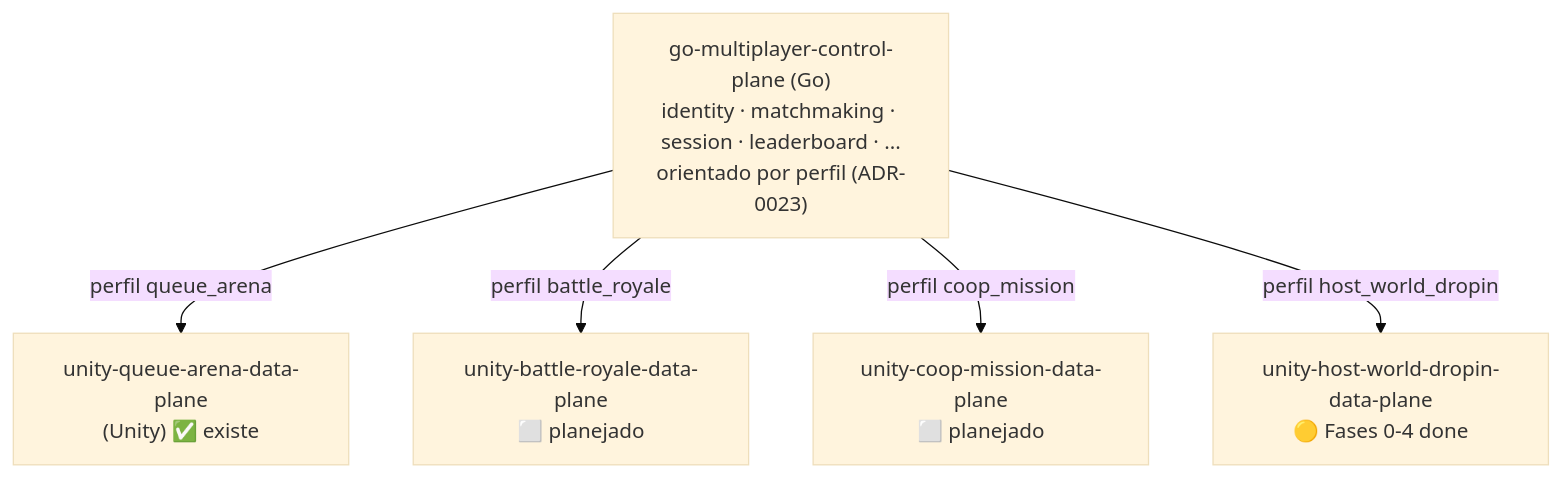
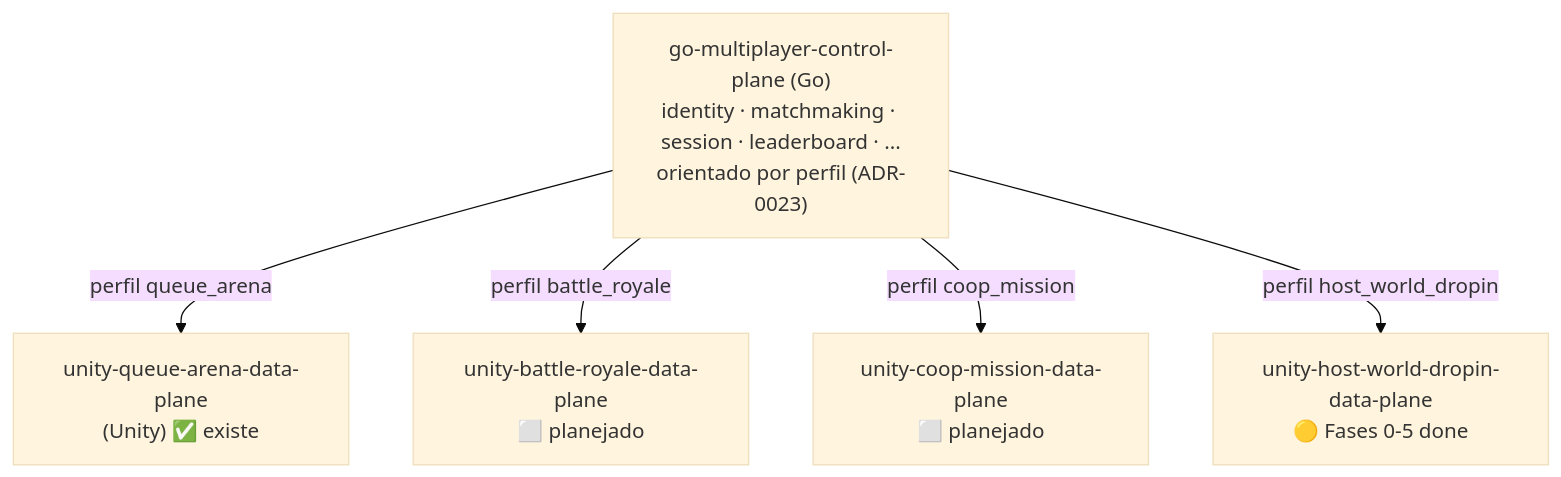
One commit to vitormartins1/go-multiplayer-control-plane changed the diagram in docs/REPO-TOPOLOGY.md. Above: the diagram before and after it, drawn with Mermaid (base theme). The commit also changed other lines of this file and 25 other files, not shown here.

````diff
--- a/docs/REPO-TOPOLOGY.md
+++ b/docs/REPO-TOPOLOGY.md
@@ -37,12 +37,12 @@
 ```mermaid
 flowchart TB
   CP["go-multiplayer-control-plane (Go)<br/>identity · matchmaking · session · leaderboard · ...<br/>orientado por perfil (ADR-0023)"]
   QA["unity-queue-arena-data-plane<br/>(Unity) ✅ existe"]
   BR["unity-battle-royale-data-plane<br/>⬜ planejado"]
   CM["unity-coop-mission-data-plane<br/>⬜ planejado"]
-  HW["unity-host-world-dropin-data-plane<br/>🟡 Fases 0-4 done"]
+  HW["unity-host-world-dropin-data-plane<br/>🟡 Fases 0-5 done"]
   CP -- "perfil queue_arena" --> QA
   CP -- "perfil battle_royale" --> BR
   CP -- "perfil coop_mission" --> CM
   CP -- "perfil host_world_dropin" --> HW
 ```
````
